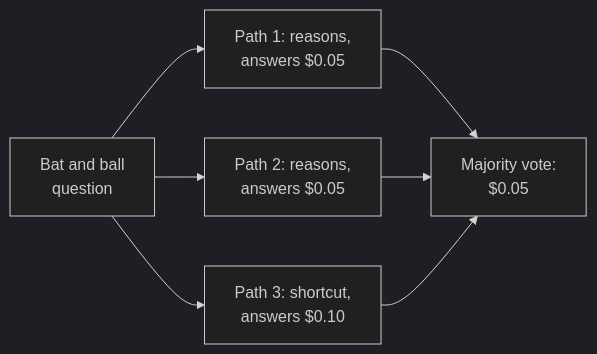
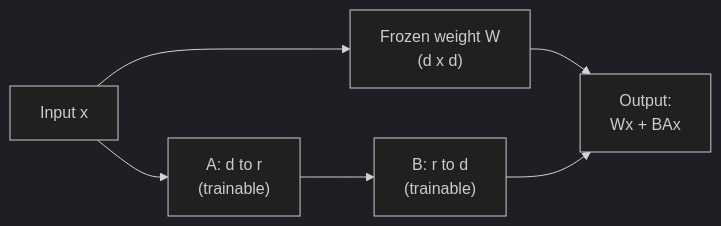
Before and after one commit to shubamchaudhary/CodeNITW: the tenth of 10 diagrams in src/Data/aiStackDocs/CH-01.md, drawn with Mermaid (dark theme). The commit also changed other lines of this file and 52 other files, not shown here.

````diff
--- a/src/Data/aiStackDocs/CH-01.md
+++ b/src/Data/aiStackDocs/CH-01.md
@@ -252,9 +355,8 @@
 ```mermaid
 flowchart LR
-    Q["Bat and ball<br/>question"] --> P1["Path 1: reasons,<br/>answers $0.05"]
-    Q --> P2["Path 2: reasons,<br/>answers $0.05"]
-    Q --> P3["Path 3: shortcut,<br/>answers $0.10"]
-    P1 --> V["Majority vote:<br/>$0.05"]
-    P2 --> V
-    P3 --> V
+    X["Input x"] --> W["Frozen weight W<br/>(d x d)"]
+    X --> A["A: d to r<br/>(trainable)"]
+    A --> B["B: r to d<br/>(trainable)"]
+    W --> S["Output:<br/>Wx + BAx"]
+    B --> S
 ```
````
